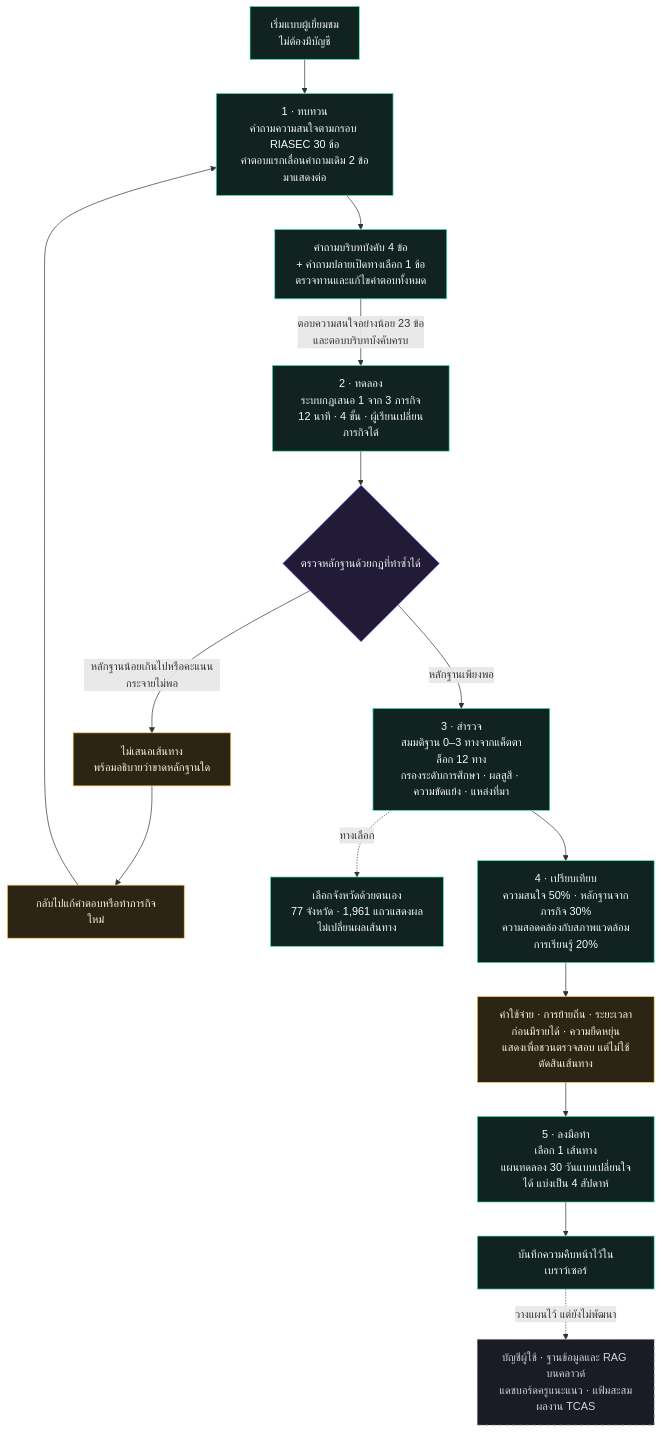
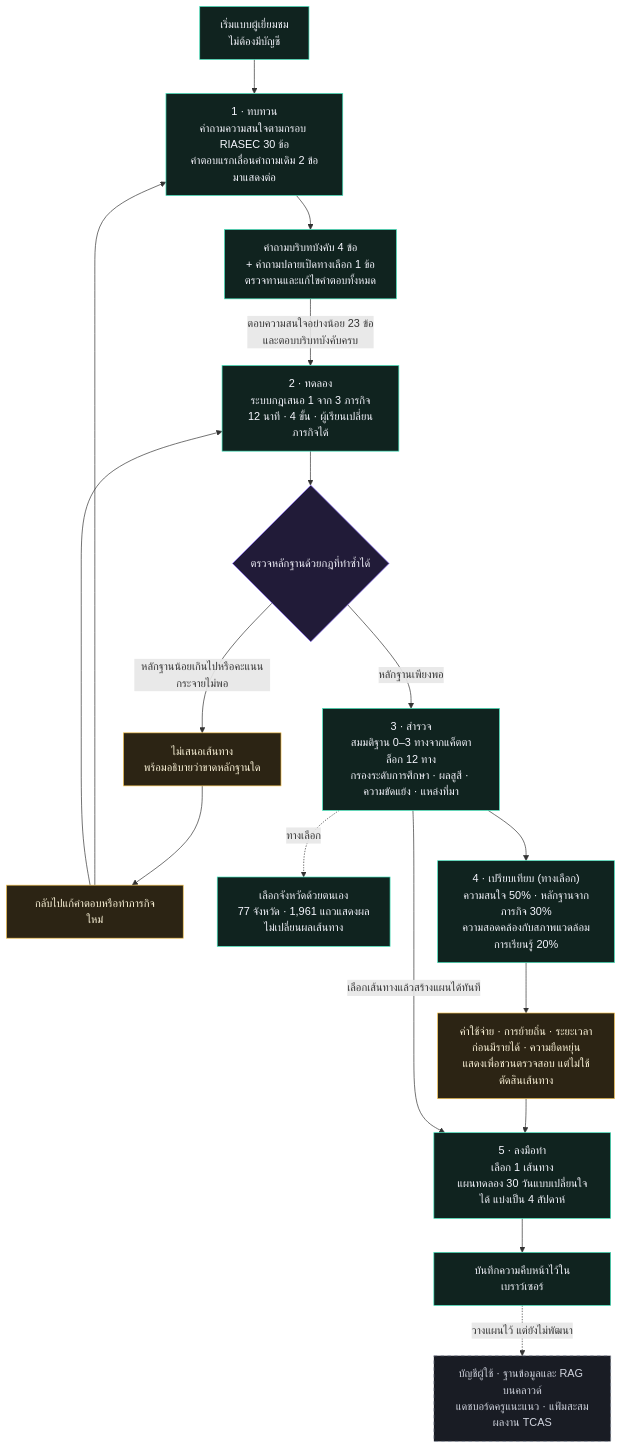
One commit to Pongkarm/Future_Me changed the second of 2 diagrams in READMETH.md. Above: the diagram before and after it, drawn with Mermaid. The commit also changed 3 other files, not shown here.

````diff
--- a/READMETH.md
+++ b/READMETH.md
@@ -107,26 +107,28 @@
 ```mermaid
 flowchart TD
     A["เริ่มแบบผู้เยี่ยมชม<br/>ไม่ต้องมีบัญชี"] --> B["1 · ทบทวน<br/>คำถามความสนใจตามกรอบ RIASEC 30 ข้อ<br/>คำตอบแรกเลื่อนคำถามเดิม 2 ข้อมาแสดงต่อ"]
     B --> C["คำถามบริบทบังคับ 4 ข้อ<br/>+ คำถามปลายเปิดทางเลือก 1 ข้อ<br/>ตรวจทานและแก้ไขคำตอบทั้งหมด"]
     C -->|"ตอบความสนใจอย่างน้อย 23 ข้อ<br/>และตอบบริบทบังคับครบ"| D["2 · ทดลอง<br/>ระบบกฎเสนอ 1 จาก 3 ภารกิจ<br/>12 นาที · 4 ขั้น · ผู้เรียนเปลี่ยนภารกิจได้"]
     D --> E{"ตรวจหลักฐานด้วยกฎที่ทำซ้ำได้"}
     E -->|"หลักฐานน้อยเกินไปหรือคะแนนกระจายไม่พอ"| F["ไม่เสนอเส้นทาง<br/>พร้อมอธิบายว่าขาดหลักฐานใด"]
     F --> G["กลับไปแก้คำตอบหรือทำภารกิจใหม่"]
     G --> B
+    G --> D
     E -->|"หลักฐานเพียงพอ"| H["3 · สำรวจ<br/>สมมติฐาน 0–3 ทางจากแค็ตตาล็อก 12 ทาง<br/>กรองระดับการศึกษา · ผลสูสี · ความขัดแย้ง · แหล่งที่มา"]
     H -. "ทางเลือก" .-> N["เลือกจังหวัดด้วยตนเอง<br/>77 จังหวัด · 1,961 แถวแสดงผล<br/>ไม่เปลี่ยนผลเส้นทาง"]
-    H --> I["4 · เปรียบเทียบ<br/>ความสนใจ 50% · หลักฐานจากภารกิจ 30%<br/>ความสอดคล้องกับสภาพแวดล้อมการเรียนรู้ 20%"]
+    H --> I["4 · เปรียบเทียบ (ทางเลือก)<br/>ความสนใจ 50% · หลักฐานจากภารกิจ 30%<br/>ความสอดคล้องกับสภาพแวดล้อมการเรียนรู้ 20%"]
     I --> J["ค่าใช้จ่าย · การย้ายถิ่น · ระยะเวลาก่อนมีรายได้ · ความยืดหยุ่น<br/>แสดงเพื่อชวนตรวจสอบ แต่ไม่ใช้ตัดสินเส้นทาง"]
     J --> K["5 · ลงมือทำ<br/>เลือก 1 เส้นทาง<br/>แผนทดลอง 30 วันแบบเปลี่ยนใจได้ แบ่งเป็น 4 สัปดาห์"]
+    H -->|"เลือกเส้นทางแล้วสร้างแผนได้ทันที"| K
     K --> L["บันทึกความคืบหน้าไว้ในเบราว์เซอร์"]
     L -. "วางแผนไว้ แต่ยังไม่พัฒนา" .-> P["บัญชีผู้ใช้ · ฐานข้อมูลและ RAG บนคลาวด์<br/>แดชบอร์ดครูแนะแนว · แฟ้มสะสมผลงาน TCAS"]
 
     classDef live fill:#10231f,stroke:#43e6bd,color:#f7f7ff;
     classDef gate fill:#211b38,stroke:#8b6cff,color:#f7f7ff;
     classDef caution fill:#2c2414,stroke:#f5c451,color:#fff7dc;
     classDef planned fill:#191c24,stroke:#808898,color:#d0d4de,stroke-dasharray:5 5;
     class A,B,C,D,H,N,I,K,L live;
     class E gate;
     class F,G,J caution;
     class P planned;
 ```
````
